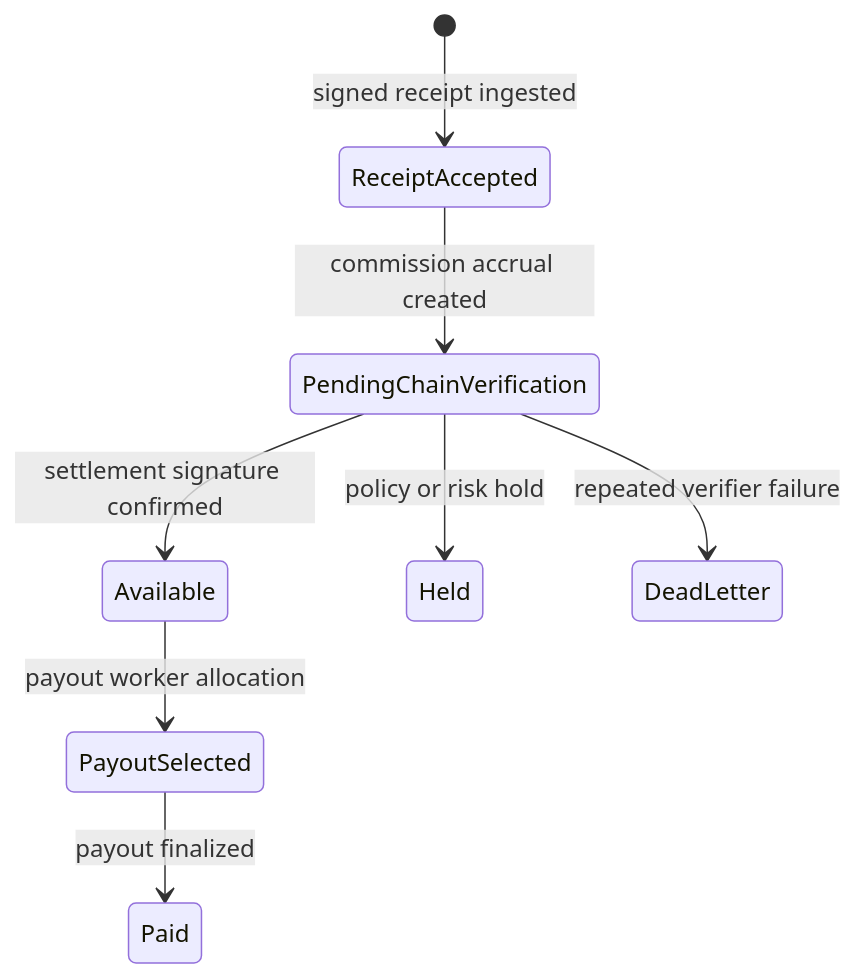
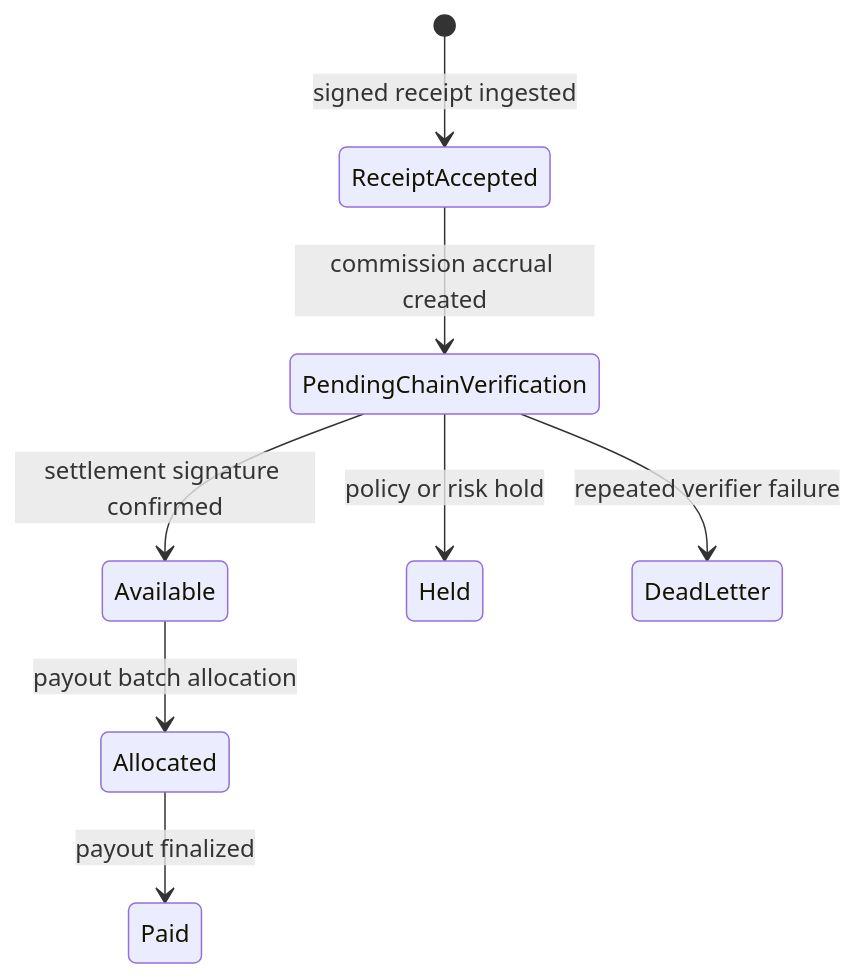
One commit to split402protocol/splitx402 changed the seventh of 8 diagrams in README.md. Above: the diagram before and after it, drawn with Mermaid. The commit also changed other lines of this file and 12 other files, not shown here.

Commit message:
Add payout batch allocation

````diff
--- a/README.md
+++ b/README.md
@@ -249,10 +249,10 @@
 ```mermaid
 stateDiagram-v2
   [*] --> ReceiptAccepted: signed receipt ingested
   ReceiptAccepted --> PendingChainVerification: commission accrual created
   PendingChainVerification --> Available: settlement signature confirmed
   PendingChainVerification --> Held: policy or risk hold
   PendingChainVerification --> DeadLetter: repeated verifier failure
-  Available --> PayoutSelected: payout worker allocation
-  PayoutSelected --> Paid: payout finalized
+  Available --> Allocated: payout batch allocation
+  Allocated --> Paid: payout finalized
 ```
````
